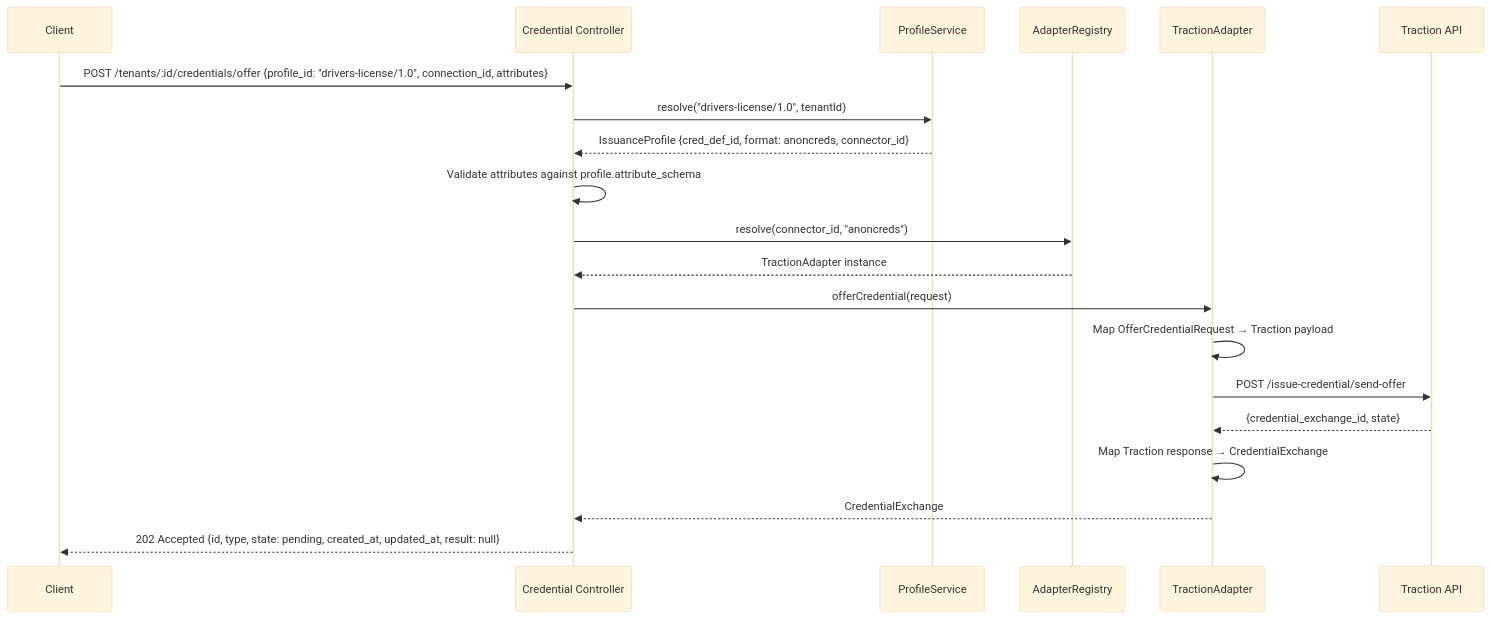
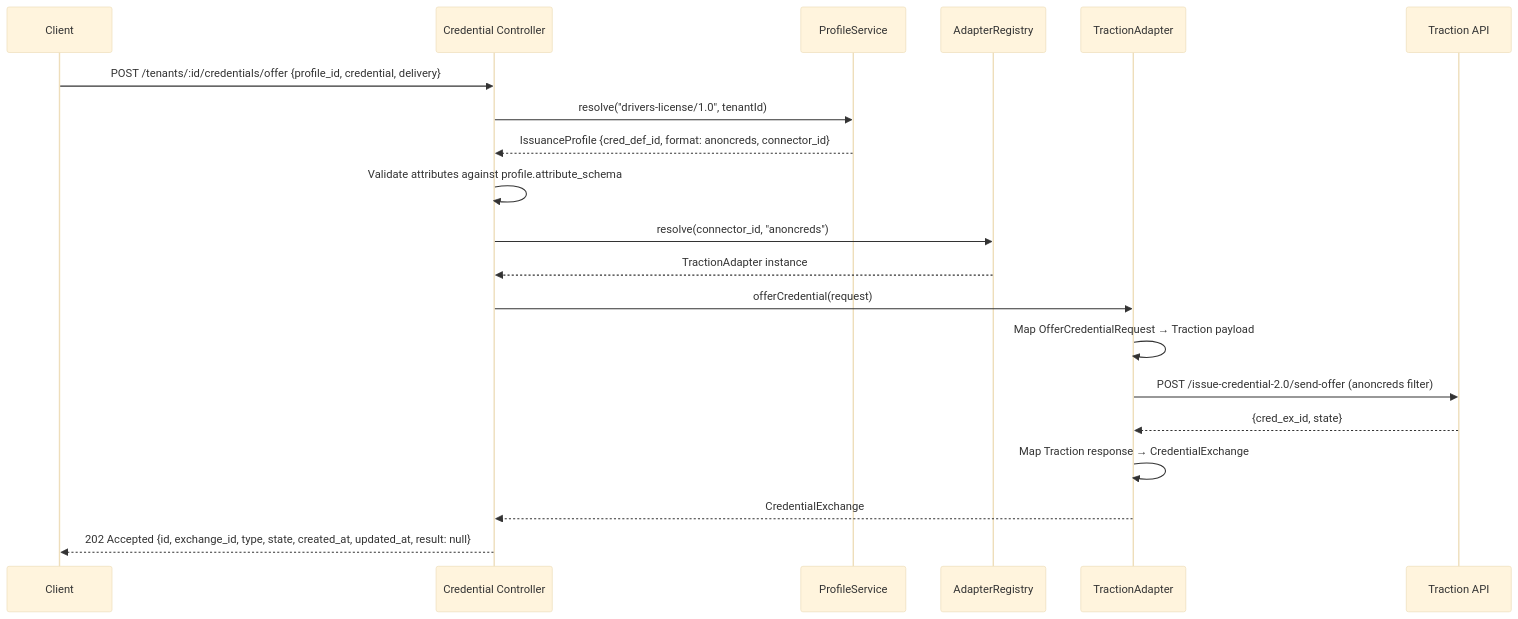
The seventh of 22 diagrams in docs/ARCHITECTURE.md (bcgov/digital-trust-common-service), drawn with Mermaid (base theme) before and after one commit. The commit also changed other lines of this file and 92 other files, not shown here.

First line of the commit message:
feat(credential): snapshot issuer offer and exchange implementation

````diff
--- a/docs/ARCHITECTURE.md
+++ b/docs/ARCHITECTURE.md
@@ -507,23 +502,23 @@
 ```mermaid
 sequenceDiagram
     participant Client
     participant Controller as Credential Controller
     participant ProfileSvc as ProfileService
     participant Registry as AdapterRegistry
     participant Adapter as TractionAdapter
     participant Traction as Traction API
 
-    Client->>Controller: POST /tenants/:id/credentials/offer {profile_id: "drivers-license/1.0", connection_id, attributes}
+    Client->>Controller: POST /tenants/:id/credentials/offer {profile_id, credential, delivery}
     Controller->>ProfileSvc: resolve("drivers-license/1.0", tenantId)
     ProfileSvc-->>Controller: IssuanceProfile {cred_def_id, format: anoncreds, connector_id}
     Controller->>Controller: Validate attributes against profile.attribute_schema
     Controller->>Registry: resolve(connector_id, "anoncreds")
     Registry-->>Controller: TractionAdapter instance
     Controller->>Adapter: offerCredential(request)
     Adapter->>Adapter: Map OfferCredentialRequest → Traction payload
-    Adapter->>Traction: POST /issue-credential/send-offer
-    Traction-->>Adapter: {credential_exchange_id, state}
+    Adapter->>Traction: POST /issue-credential-2.0/send-offer (anoncreds filter)
+    Traction-->>Adapter: {cred_ex_id, state}
     Adapter->>Adapter: Map Traction response → CredentialExchange
     Adapter-->>Controller: CredentialExchange
-    Controller-->>Client: 202 Accepted {id, type, state: pending, created_at, updated_at, result: null}
+    Controller-->>Client: 202 Accepted {id, exchange_id, type, state, created_at, updated_at, result: null}
 ```
````
